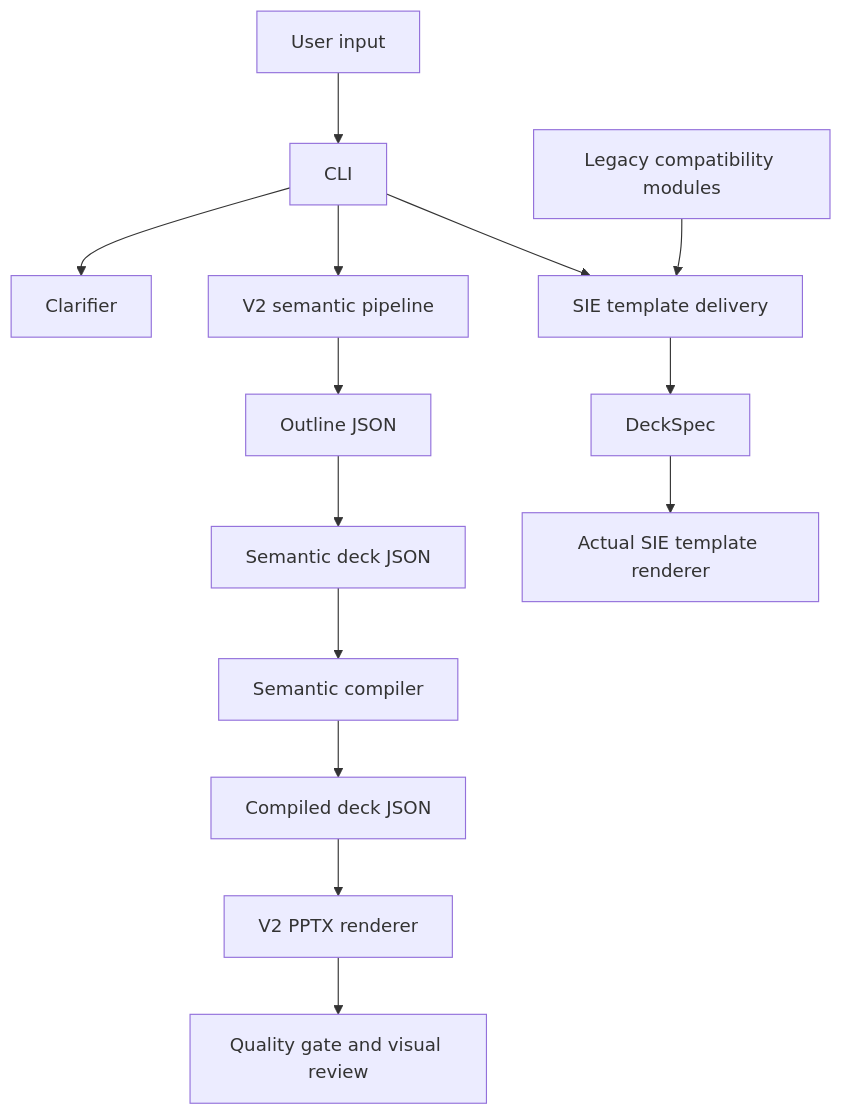
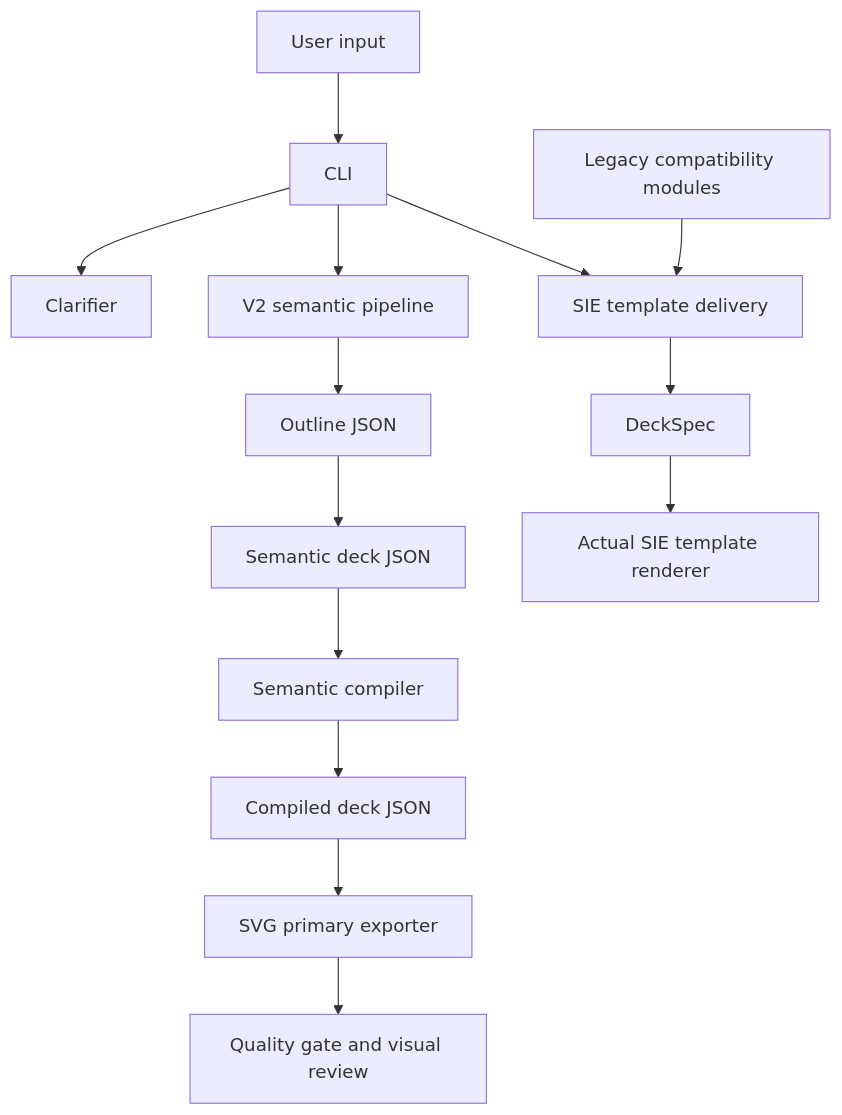
Before and after one commit to HUHU19961014/AI-atuo-ppt: the second of 3 diagrams in README.md, drawn with Mermaid. The commit also changed other lines of this file and 103 other files, not shown here.

````diff
--- a/README.md
+++ b/README.md
@@ -51,19 +62,19 @@
 ```mermaid
 flowchart TB
     User[User input] --> CLI[CLI]
     CLI --> Clarifier[Clarifier]
     CLI --> V2[V2 semantic pipeline]
     CLI --> SIE[SIE template delivery]
 
     V2 --> Outline[Outline JSON]
     Outline --> Semantic[Semantic deck JSON]
     Semantic --> Compiler[Semantic compiler]
     Compiler --> Deck[Compiled deck JSON]
-    Deck --> Renderer[V2 PPTX renderer]
+    Deck --> Renderer[SVG primary exporter]
     Renderer --> Review[Quality gate and visual review]
 
     SIE --> DeckSpec[DeckSpec]
     DeckSpec --> TemplateRenderer[Actual SIE template renderer]
 
     Legacy[Legacy compatibility modules] --> SIE
 ```
````
